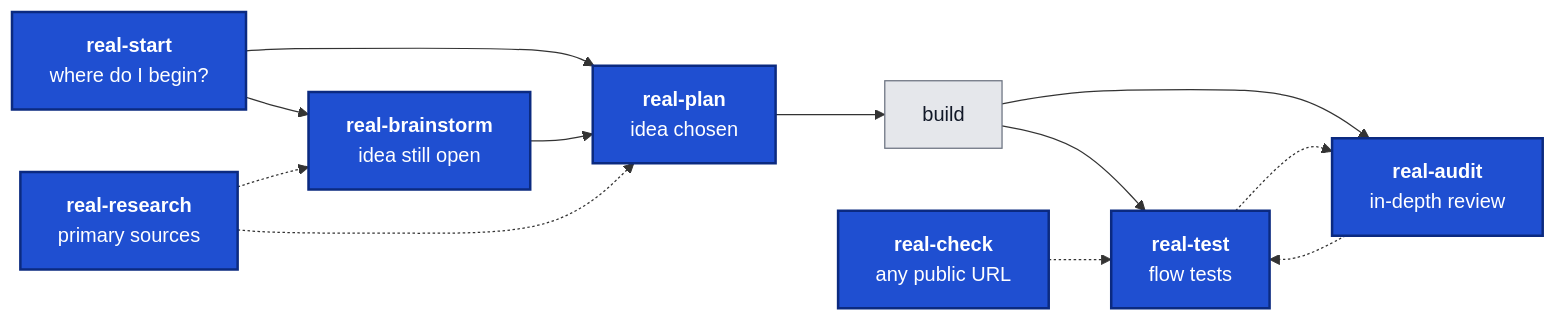
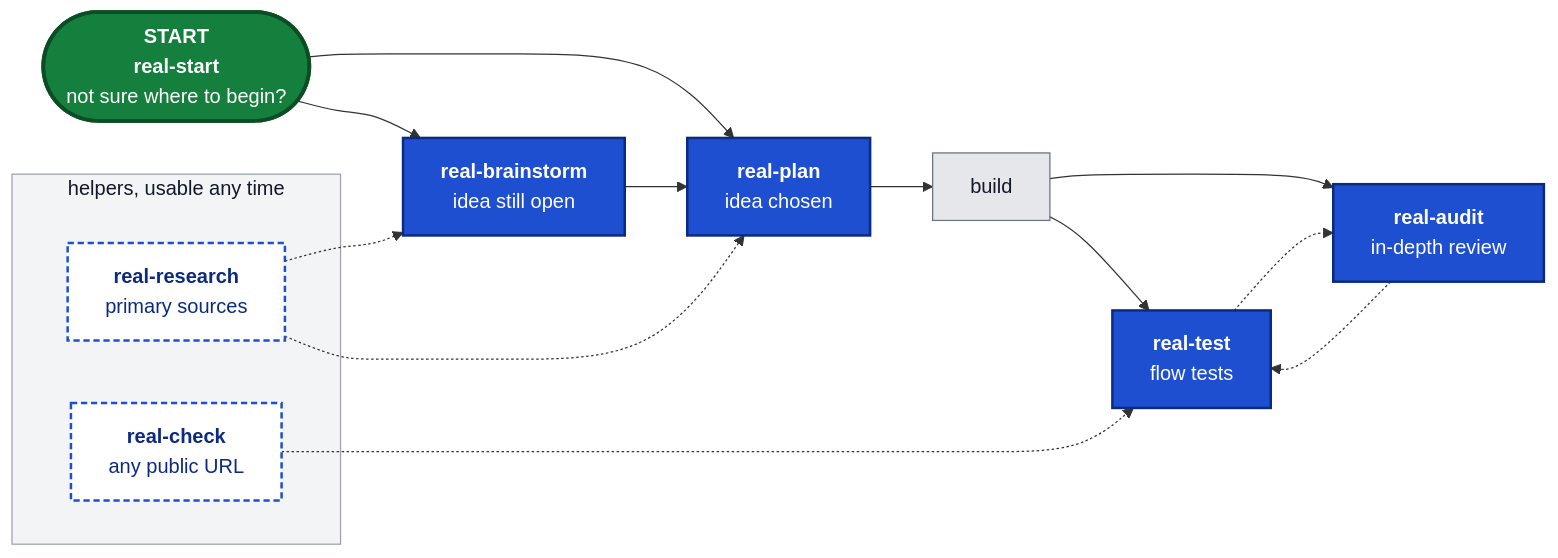
One commit to giraybatiturk/skills changed the diagram in README.md. Above: the diagram before and after it, drawn with Mermaid. The commit also changed other lines of this file, not shown here.

Commit message:
docs: single start point and helper group in workflow map

````diff
--- a/README.md
+++ b/README.md
@@ -7,18 +7,27 @@
 ```mermaid
 flowchart LR
-  S["<b>real-start</b><br/>where do I begin?"] --> B["<b>real-brainstorm</b><br/>idea still open"]
+  S(["<b>START</b><br/><b>real-start</b><br/>not sure where to begin?"]) --> B["<b>real-brainstorm</b><br/>idea still open"]
   S --> P["<b>real-plan</b><br/>idea chosen"]
   B --> P
-  R["<b>real-research</b><br/>primary sources"] -.-> B
-  R -.-> P
   P --> K["build"]
   K --> T["<b>real-test</b><br/>flow tests"]
   K --> A["<b>real-audit</b><br/>in-depth review"]
   T -.-> A
   A -.-> T
-  C["<b>real-check</b><br/>any public URL"] -.-> T
+  subgraph side["helpers, usable any time"]
+    R["<b>real-research</b><br/>primary sources"]
+    C["<b>real-check</b><br/>any public URL"]
+  end
+  R -.-> B
+  R -.-> P
+  C -.-> T
+  classDef start fill:#15803d,stroke:#0b4d24,stroke-width:3px,color:#ffffff
   classDef skill fill:#1f4fd1,stroke:#0b2a80,stroke-width:2px,color:#ffffff
+  classDef helper fill:#ffffff,stroke:#1f4fd1,stroke-width:2px,stroke-dasharray:5 3,color:#0b2a80
   classDef step fill:#e5e7eb,stroke:#6b7280,color:#111827
-  class S,B,P,R,T,A,C skill
+  class S start
+  class B,P,T,A skill
+  class R,C helper
   class K step
+  style side fill:#f3f4f6,stroke:#9ca3af,color:#111827
 ```
````
